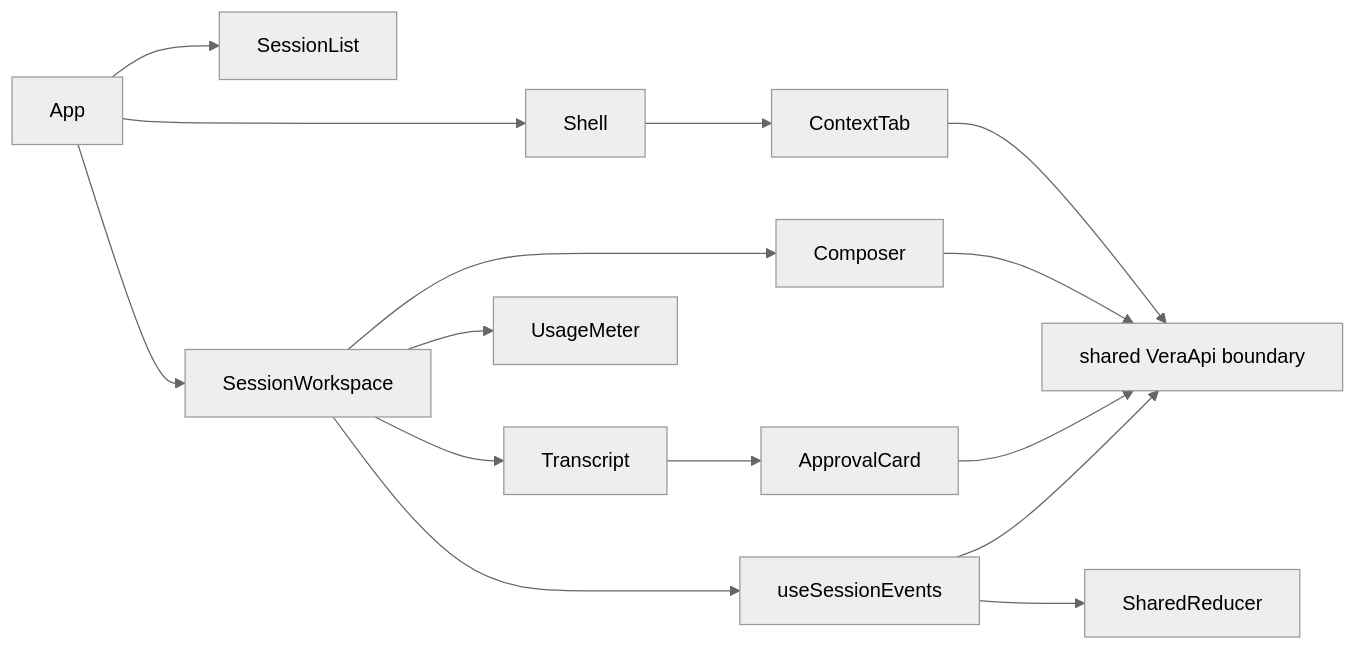
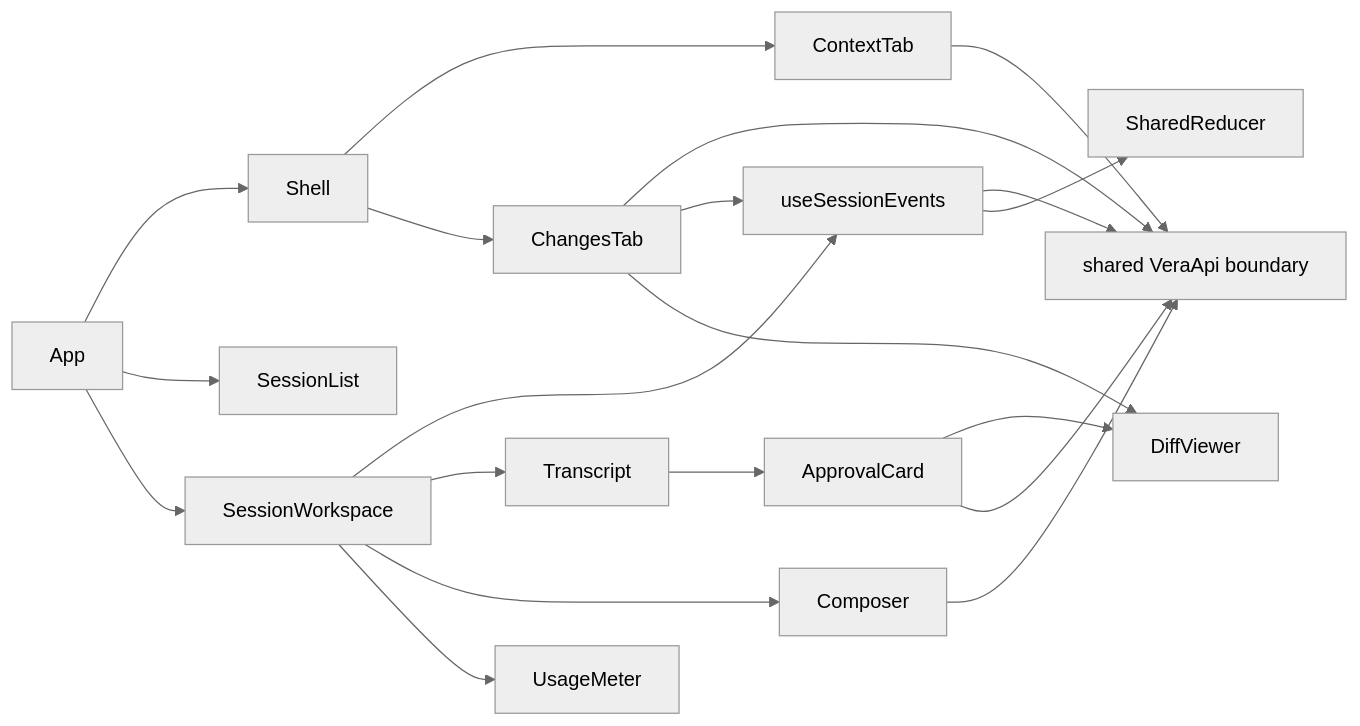
The diagram in .agentic/knowledge/chat-ui.md (DDP-Engineering/2026_Virtual_Embedded_Rig_Assistant), drawn with Mermaid (neutral theme) before and after one commit. The commit also changed other lines of this file and 44 other files, not shown here.

````diff
--- a/.agentic/knowledge/chat-ui.md
+++ b/.agentic/knowledge/chat-ui.md
@@ -65,17 +65,22 @@
 ```mermaid
 flowchart LR
   App --> Shell
   App --> SessionList
   App --> SessionWorkspace
   SessionWorkspace --> useSessionEvents
   SessionWorkspace --> Transcript
   SessionWorkspace --> Composer
   SessionWorkspace --> UsageMeter
   Shell --> ContextTab
+  Shell --> ChangesTab
+  ChangesTab --> API
+  ChangesTab --> useSessionEvents
+  ChangesTab --> DiffViewer
+  ApprovalCard --> DiffViewer
   useSessionEvents --> API[shared VeraApi boundary]
   useSessionEvents --> SharedReducer
   Transcript --> ApprovalCard
   ApprovalCard --> API
   Composer --> API
   ContextTab --> API
 ```
````
